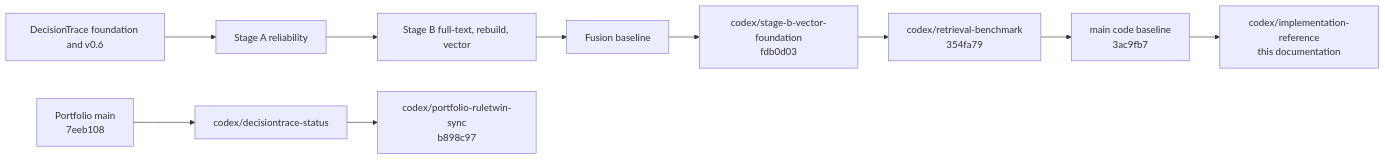
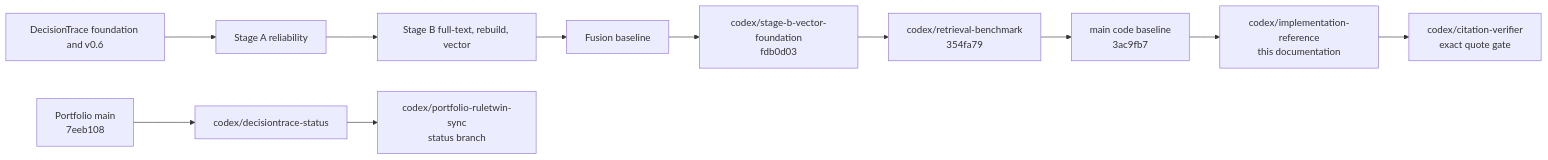
Before and after one commit to Preethamreddy29/decisiontrace: the third of 4 diagrams in docs/release/implementation-reference.md, drawn with Mermaid. The commit also changed other lines of this file and 11 other files, not shown here.

```diff
--- a/docs/release/implementation-reference.md
+++ b/docs/release/implementation-reference.md
@@ -138,12 +141,13 @@
 ~~~mermaid
 flowchart LR
     DT0["DecisionTrace foundation and v0.6"] --> DTA["Stage A reliability"]
     DTA --> DTB["Stage B full-text, rebuild, vector"]
     DTB --> DTC["Fusion baseline"]
     DTC --> DTD["codex/stage-b-vector-foundation<br/>fdb0d03"]
     DTD --> DTE["codex/retrieval-benchmark<br/>354fa79"]
     DTE --> DTM["main code baseline<br/>3ac9fb7"]
     DTM --> DOC["codex/implementation-reference<br/>this documentation"]
+    DOC --> CV["codex/citation-verifier<br/>exact quote gate"]
     PM["Portfolio main<br/>7eeb108"] --> PS["codex/decisiontrace-status"]
-    PS --> PP["codex/portfolio-ruletwin-sync<br/>b898c97"]
+    PS --> PP["codex/portfolio-ruletwin-sync<br/>status branch"]
 ~~~
```
